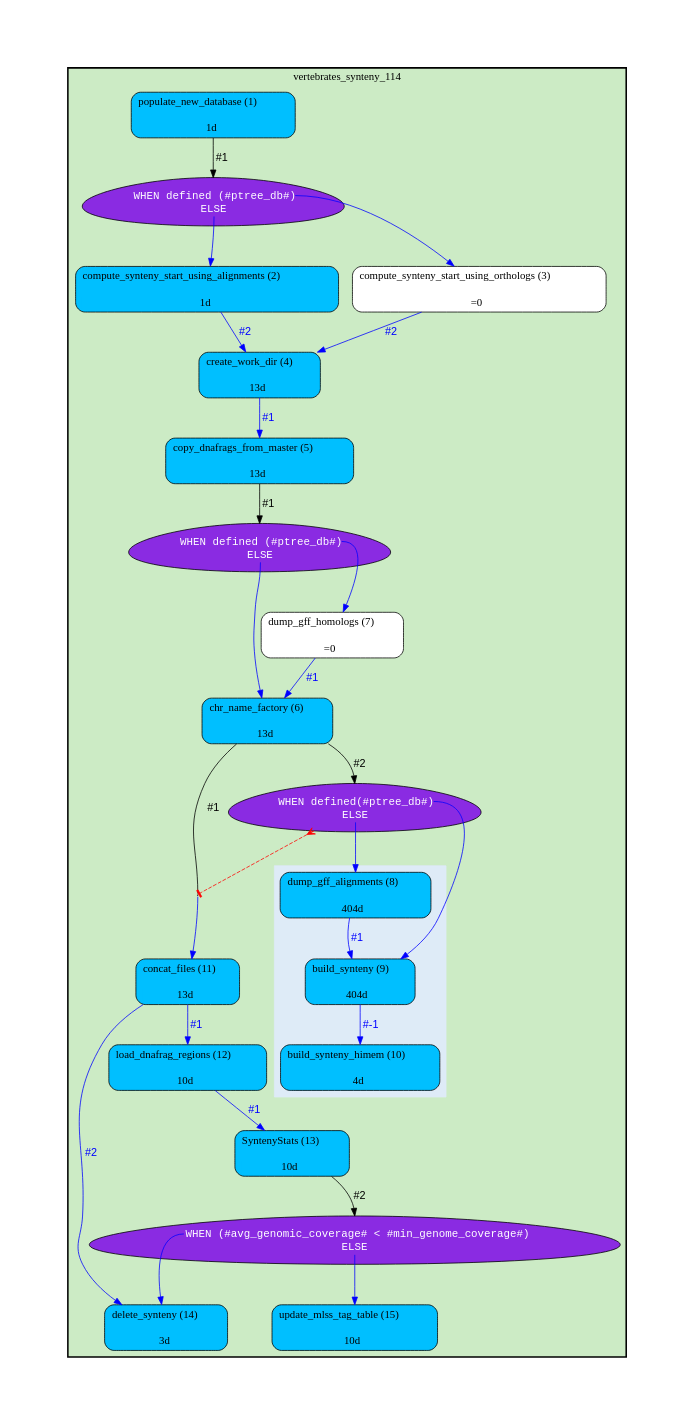
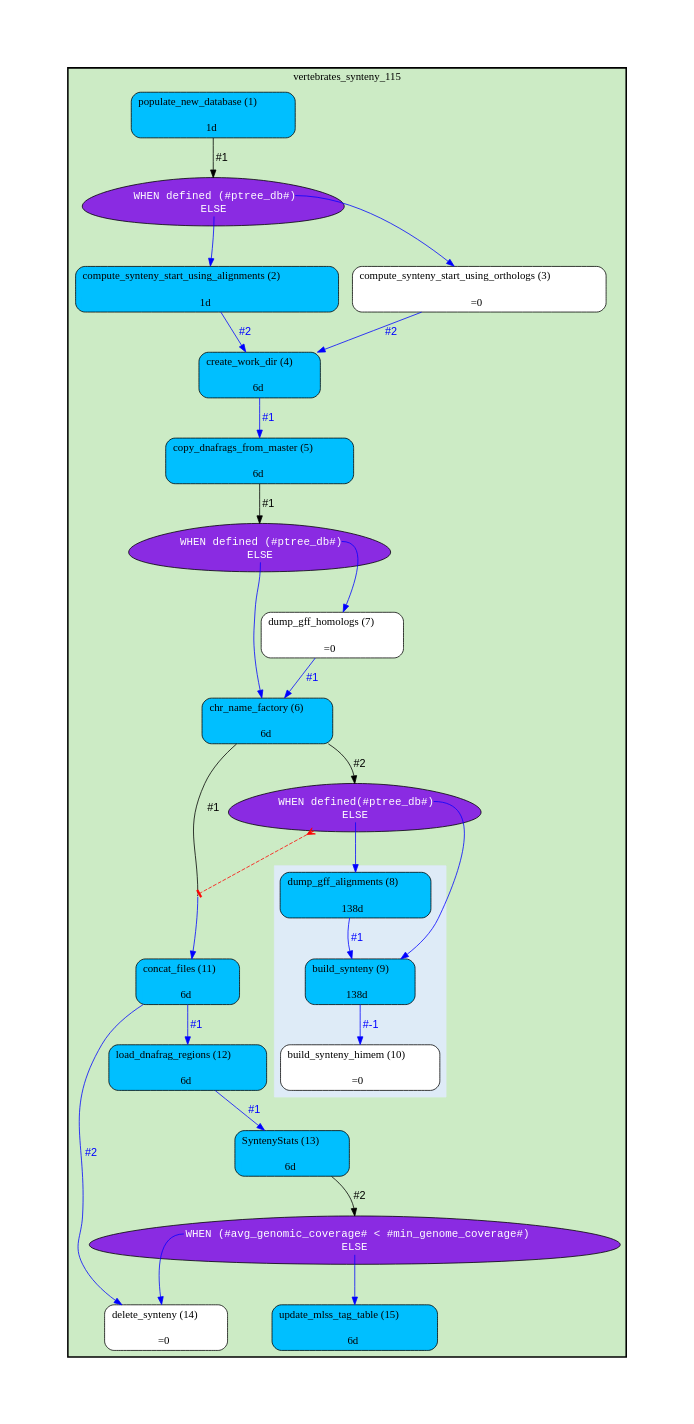
One commit to Ensembl/ensembl-compara changed the diagram in docs/production/diagrams/Synteny.gv. Above: the diagram before and after it, drawn with Graphviz. The commit also changed 5 other files, not shown here.

```diff
--- a/docs/production/diagrams/Synteny.gv
+++ b/docs/production/diagrams/Synteny.gv
@@ -1,20 +1,20 @@
 digraph test {
 	ratio="compress"; concentrate = "true"; name = "AnalysisWorkflow"; pad = "1.0";
-	analysis_SyntenyStats [fillcolor="DeepSkyBlue", fontname="Times-Roman", label=<<table border="0" cellborder="0" cellspacing="0" cellpadding="1"><tr><td colspan="1">SyntenyStats (13)</td></tr><tr><td colspan="1"> </td></tr><tr><td bgcolor="DeepSkyBlue" width="100%">10d</td></tr></table>>, shape="Mrecord", style="filled"];
-	analysis_build_synteny [fillcolor="DeepSkyBlue", fontname="Times-Roman", label=<<table border="0" cellborder="0" cellspacing="0" cellpadding="1"><tr><td colspan="1">build_synteny (9)</td></tr><tr><td colspan="1"> </td></tr><tr><td bgcolor="DeepSkyBlue" width="100%">404d</td></tr></table>>, shape="Mrecord", style="filled"];
-	analysis_build_synteny_himem [fillcolor="DeepSkyBlue", fontname="Times-Roman", label=<<table border="0" cellborder="0" cellspacing="0" cellpadding="1"><tr><td colspan="1">build_synteny_himem (10)</td></tr><tr><td colspan="1"> </td></tr><tr><td bgcolor="DeepSkyBlue" width="100%">4d</td></tr></table>>, shape="Mrecord", style="filled"];
-	analysis_chr_name_factory [fillcolor="DeepSkyBlue", fontname="Times-Roman", label=<<table border="0" cellborder="0" cellspacing="0" cellpadding="1"><tr><td colspan="1">chr_name_factory (6)</td></tr><tr><td colspan="1"> </td></tr><tr><td bgcolor="DeepSkyBlue" width="100%">13d</td></tr></table>>, shape="Mrecord", style="filled"];
+	analysis_SyntenyStats [fillcolor="DeepSkyBlue", fontname="Times-Roman", label=<<table border="0" cellborder="0" cellspacing="0" cellpadding="1"><tr><td colspan="1">SyntenyStats (13)</td></tr><tr><td colspan="1"> </td></tr><tr><td bgcolor="DeepSkyBlue" width="100%">6d</td></tr></table>>, shape="Mrecord", style="filled"];
+	analysis_build_synteny [fillcolor="DeepSkyBlue", fontname="Times-Roman", label=<<table border="0" cellborder="0" cellspacing="0" cellpadding="1"><tr><td colspan="1">build_synteny (9)</td></tr><tr><td colspan="1"> </td></tr><tr><td bgcolor="DeepSkyBlue" width="100%">138d</td></tr></table>>, shape="Mrecord", style="filled"];
+	analysis_build_synteny_himem [fillcolor="white", fontname="Times-Roman", label=<<table border="0" cellborder="0" cellspacing="0" cellpadding="1"><tr><td colspan="1">build_synteny_himem (10)</td></tr><tr><td colspan="1"> </td></tr><tr><td>=0</td></tr></table>>, shape="Mrecord", style="filled"];
+	analysis_chr_name_factory [fillcolor="DeepSkyBlue", fontname="Times-Roman", label=<<table border="0" cellborder="0" cellspacing="0" cellpadding="1"><tr><td colspan="1">chr_name_factory (6)</td></tr><tr><td colspan="1"> </td></tr><tr><td bgcolor="DeepSkyBlue" width="100%">6d</td></tr></table>>, shape="Mrecord", style="filled"];
 	analysis_compute_synteny_start_using_alignments [fillcolor="DeepSkyBlue", fontname="Times-Roman", label=<<table border="0" cellborder="0" cellspacing="0" cellpadding="1"><tr><td colspan="1">compute_synteny_start_using_alignments (2)</td></tr><tr><td colspan="1"> </td></tr><tr><td bgcolor="DeepSkyBlue" width="100%">1d</td></tr></table>>, shape="Mrecord", style="filled"];
 	analysis_compute_synteny_start_using_orthologs [fillcolor="white", fontname="Times-Roman", label=<<table border="0" cellborder="0" cellspacing="0" cellpadding="1"><tr><td colspan="1">compute_synteny_start_using_orthologs (3)</td></tr><tr><td colspan="1"> </td></tr><tr><td>=0</td></tr></table>>, shape="Mrecord", style="filled"];
-	analysis_concat_files [fillcolor="DeepSkyBlue", fontname="Times-Roman", label=<<table border="0" cellborder="0" cellspacing="0" cellpadding="1"><tr><td colspan="1">concat_files (11)</td></tr><tr><td colspan="1"> </td></tr><tr><td bgcolor="DeepSkyBlue" width="100%">13d</td></tr></table>>, shape="Mrecord", style="filled"];
-	analysis_copy_dnafrags_from_master [fillcolor="DeepSkyBlue", fontname="Times-Roman", label=<<table border="0" cellborder="0" cellspacing="0" cellpadding="1"><tr><td colspan="1">copy_dnafrags_from_master (5)</td></tr><tr><td colspan="1"> </td></tr><tr><td bgcolor="DeepSkyBlue" width="100%">13d</td></tr></table>>, shape="Mrecord", style="filled"];
-	analysis_create_work_dir [fillcolor="DeepSkyBlue", fontname="Times-Roman", label=<<table border="0" cellborder="0" cellspacing="0" cellpadding="1"><tr><td colspan="1">create_work_dir (4)</td></tr><tr><td colspan="1"> </td></tr><tr><td bgcolor="DeepSkyBlue" width="100%">13d</td></tr></table>>, shape="Mrecord", style="filled"];
-	analysis_delete_synteny [fillcolor="DeepSkyBlue", fontname="Times-Roman", label=<<table border="0" cellborder="0" cellspacing="0" cellpadding="1"><tr><td colspan="1">delete_synteny (14)</td></tr><tr><td colspan="1"> </td></tr><tr><td bgcolor="DeepSkyBlue" width="100%">3d</td></tr></table>>, shape="Mrecord", style="filled"];
-	analysis_dump_gff_alignments [fillcolor="DeepSkyBlue", fontname="Times-Roman", label=<<table border="0" cellborder="0" cellspacing="0" cellpadding="1"><tr><td colspan="1">dump_gff_alignments (8)</td></tr><tr><td colspan="1"> </td></tr><tr><td bgcolor="DeepSkyBlue" width="100%">404d</td></tr></table>>, shape="Mrecord", style="filled"];
+	analysis_concat_files [fillcolor="DeepSkyBlue", fontname="Times-Roman", label=<<table border="0" cellborder="0" cellspacing="0" cellpadding="1"><tr><td colspan="1">concat_files (11)</td></tr><tr><td colspan="1"> </td></tr><tr><td bgcolor="DeepSkyBlue" width="100%">6d</td></tr></table>>, shape="Mrecord", style="filled"];
+	analysis_copy_dnafrags_from_master [fillcolor="DeepSkyBlue", fontname="Times-Roman", label=<<table border="0" cellborder="0" cellspacing="0" cellpadding="1"><tr><td colspan="1">copy_dnafrags_from_master (5)</td></tr><tr><td colspan="1"> </td></tr><tr><td bgcolor="DeepSkyBlue" width="100%">6d</td></tr></table>>, shape="Mrecord", style="filled"];
+	analysis_create_work_dir [fillcolor="DeepSkyBlue", fontname="Times-Roman", label=<<table border="0" cellborder="0" cellspacing="0" cellpadding="1"><tr><td colspan="1">create_work_dir (4)</td></tr><tr><td colspan="1"> </td></tr><tr><td bgcolor="DeepSkyBlue" width="100%">6d</td></tr></table>>, shape="Mrecord", style="filled"];
+	analysis_delete_synteny [fillcolor="white", fontname="Times-Roman", label=<<table border="0" cellborder="0" cellspacing="0" cellpadding="1"><tr><td colspan="1">delete_synteny (14)</td></tr><tr><td colspan="1"> </td></tr><tr><td>=0</td></tr></table>>, shape="Mrecord", style="filled"];
+	analysis_dump_gff_alignments [fillcolor="DeepSkyBlue", fontname="Times-Roman", label=<<table border="0" cellborder="0" cellspacing="0" cellpadding="1"><tr><td colspan="1">dump_gff_alignments (8)</td></tr><tr><td colspan="1"> </td></tr><tr><td bgcolor="DeepSkyBlue" width="100%">138d</td></tr></table>>, shape="Mrecord", style="filled"];
 	analysis_dump_gff_homologs [fillcolor="white", fontname="Times-Roman", label=<<table border="0" cellborder="0" cellspacing="0" cellpadding="1"><tr><td colspan="1">dump_gff_homologs (7)</td></tr><tr><td colspan="1"> </td></tr><tr><td>=0</td></tr></table>>, shape="Mrecord", style="filled"];
-	analysis_load_dnafrag_regions [fillcolor="DeepSkyBlue", fontname="Times-Roman", label=<<table border="0" cellborder="0" cellspacing="0" cellpadding="1"><tr><td colspan="1">load_dnafrag_regions (12)</td></tr><tr><td colspan="1"> </td></tr><tr><td bgcolor="DeepSkyBlue" width="100%">10d</td></tr></table>>, shape="Mrecord", style="filled"];
+	analysis_load_dnafrag_regions [fillcolor="DeepSkyBlue", fontname="Times-Roman", label=<<table border="0" cellborder="0" cellspacing="0" cellpadding="1"><tr><td colspan="1">load_dnafrag_regions (12)</td></tr><tr><td colspan="1"> </td></tr><tr><td bgcolor="DeepSkyBlue" width="100%">6d</td></tr></table>>, shape="Mrecord", style="filled"];
 	analysis_populate_new_database [fillcolor="DeepSkyBlue", fontname="Times-Roman", label=<<table border="0" cellborder="0" cellspacing="0" cellpadding="1"><tr><td colspan="1">populate_new_database (1)</td></tr><tr><td colspan="1"> </td></tr><tr><td bgcolor="DeepSkyBlue" width="100%">1d</td></tr></table>>, shape="Mrecord", style="filled"];
-	analysis_update_mlss_tag_table [fillcolor="DeepSkyBlue", fontname="Times-Roman", label=<<table border="0" cellborder="0" cellspacing="0" cellpadding="1"><tr><td colspan="1">update_mlss_tag_table (15)</td></tr><tr><td colspan="1"> </td></tr><tr><td bgcolor="DeepSkyBlue" width="100%">10d</td></tr></table>>, shape="Mrecord", style="filled"];
+	analysis_update_mlss_tag_table [fillcolor="DeepSkyBlue", fontname="Times-Roman", label=<<table border="0" cellborder="0" cellspacing="0" cellpadding="1"><tr><td colspan="1">update_mlss_tag_table (15)</td></tr><tr><td colspan="1"> </td></tr><tr><td bgcolor="DeepSkyBlue" width="100%">6d</td></tr></table>>, shape="Mrecord", style="filled"];
 	dfr_14_mp [fillcolor="blueviolet", fontcolor="white", fontname="Courier", label=<<table border="0" cellborder="0" cellspacing="0" cellpadding="1">i<tr><td></td></tr><tr><td port="cond_0">WHEN (#avg_genomic_coverage# &lt; #min_genome_coverage#)</td></tr><tr><td port="cond_1">ELSE</td></tr></table>>, shape="egg", style="filled"];
 	dfr_1_mp [fillcolor="blueviolet", fontcolor="white", fontname="Courier", label=<<table border="0" cellborder="0" cellspacing="0" cellpadding="1">i<tr><td></td></tr><tr><td port="cond_0">WHEN defined (#ptree_db#)</td></tr><tr><td port="cond_1">ELSE</td></tr></table>>, shape="egg", style="filled"];
 	dfr_5_mp [fillcolor="blueviolet", fontcolor="white", fontname="Courier", label=<<table border="0" cellborder="0" cellspacing="0" cellpadding="1">i<tr><td></td></tr><tr><td port="cond_0">WHEN defined (#ptree_db#)</td></tr><tr><td port="cond_1">ELSE</td></tr></table>>, shape="egg", style="filled"];
@@ -45,8 +45,8 @@
 	dfr_7_mp -> analysis_dump_gff_alignments [color="blue", fontcolor="blue", fontname="Helvetica", label="\n", tailport="cond_1"];
 	dfr_7_mp -> dfr_6_mp [arrowhead="tee", arrowtail="crow", color="red", dir="both", style="dashed"];
 
-subgraph "cluster_vertebrates_synteny_114" {
-	label="vertebrates_synteny_114";
+subgraph "cluster_vertebrates_synteny_115" {
+	label="vertebrates_synteny_115";
 	style="bold,filled";
 	colorscheme="pastel19";
 	fillcolor="3";
```
